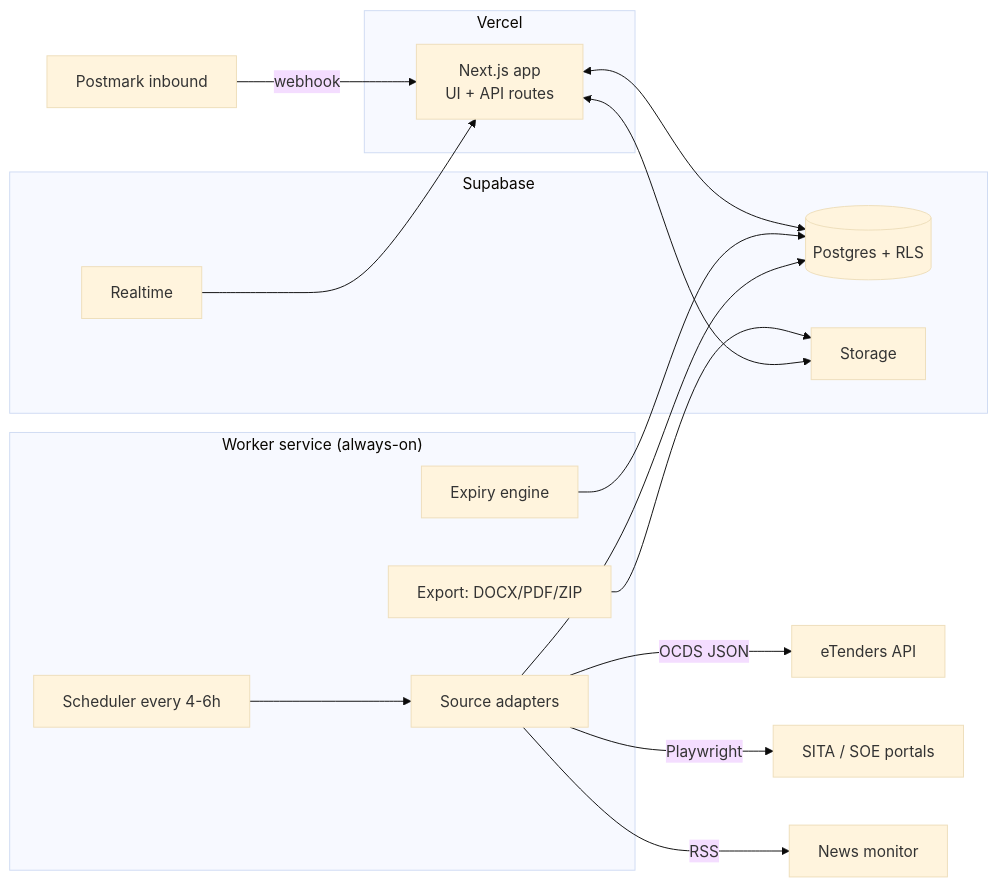
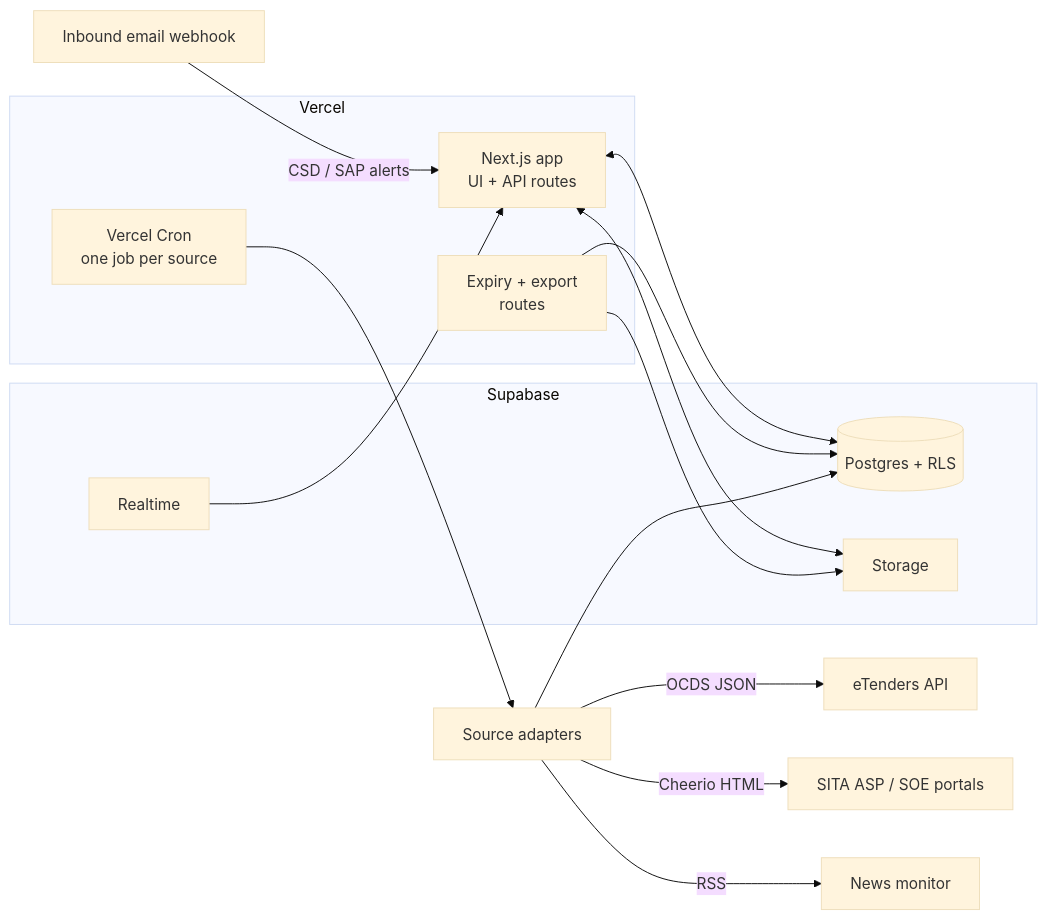
One commit to nsomdyala/Pipeline changed the diagram in docs/plan.md. Above: the diagram before and after it, drawn with Mermaid (base theme). The commit also changed other lines of this file and 6 other files, not shown here.

````diff
--- a/docs/plan.md
+++ b/docs/plan.md
@@ -57,27 +56,24 @@
 ```mermaid
 flowchart LR
   subgraph Vercel
     W[Next.js app<br/>UI + API routes]
-  end
-  subgraph Worker["Worker service (always-on)"]
-    S[Scheduler every 4-6h]
-    A[Source adapters]
-    E[Expiry engine]
-    X[Export: DOCX/PDF/ZIP]
+    CRON[Vercel Cron<br/>one job per source]
+    EXP[Expiry + export<br/>routes]
   end
   subgraph Supabase
     DB[(Postgres + RLS)]
     ST[Storage]
     RT[Realtime]
   end
-  PM[Postmark inbound] -->|webhook| W
-  S --> A --> DB
-  E --> DB
+  MAIL[Inbound email webhook] -->|CSD / SAP alerts| W
+  CRON --> A[Source adapters]
+  A --> DB
+  EXP --> DB
+  EXP --> ST
   W <--> DB
   W <--> ST
-  X --> ST
   RT --> W
   A -->|OCDS JSON| ET[eTenders API]
-  A -->|Playwright| SITA[SITA / SOE portals]
+  A -->|Cheerio HTML| SITA[SITA ASP / SOE portals]
   A -->|RSS| NEWS[News monitor]
 ```
````
